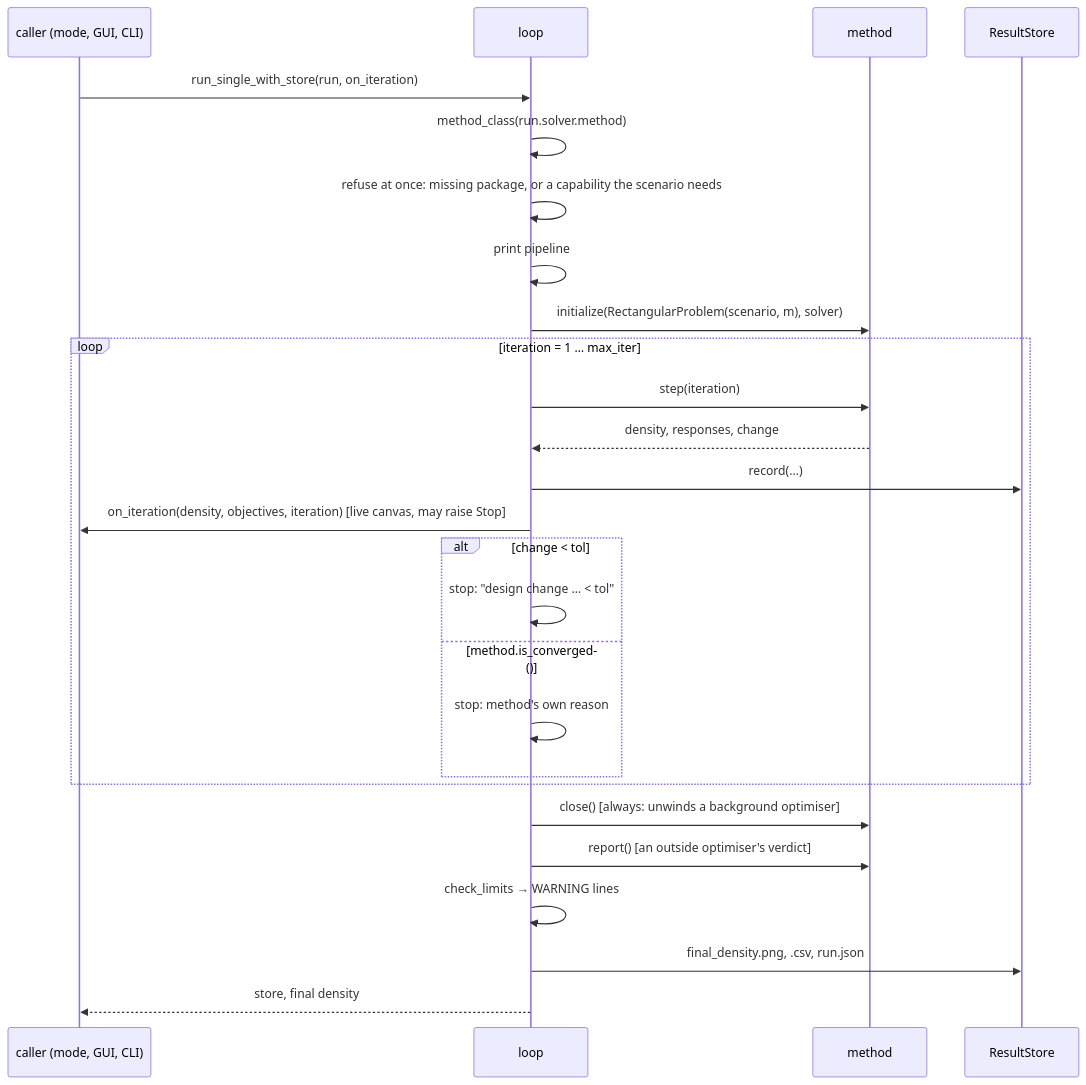
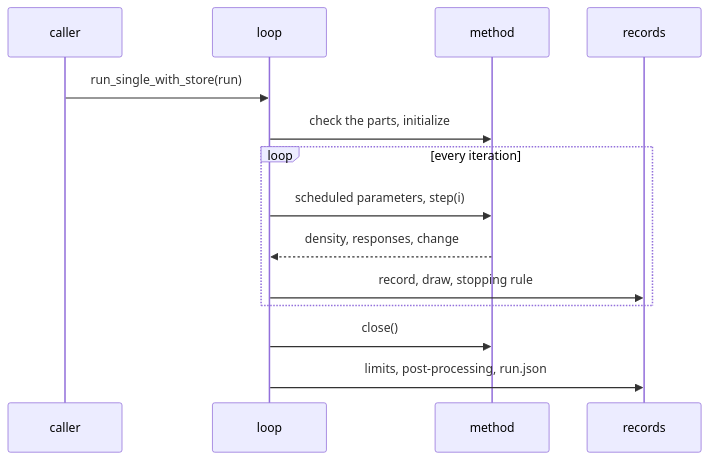
Before and after one commit to Toporia/Toporia-launcher: the second of 2 diagrams in toporia/engine/README.md, drawn with Mermaid. The commit also changed other lines of this file and 48 other files, not shown here.

````diff
--- a/toporia/engine/README.md
+++ b/toporia/engine/README.md
@@ -77,28 +69,16 @@
 ```mermaid
 sequenceDiagram
-    participant C as caller (mode, GUI, CLI)
-    participant R as loop
+    participant C as caller
+    participant L as loop
     participant M as method
-    participant S as ResultStore
-    C->>R: run_single_with_store(run, on_iteration)
-    R->>R: method_class(run.solver.method)
-    R->>R: refuse at once: missing package, or a capability the scenario needs
-    R->>R: print pipeline
-    R->>M: initialize(RectangularProblem(scenario, m), solver)
-    loop iteration = 1 … max_iter
-        R->>M: step(iteration)
-        M-->>R: density, responses, change
-        R->>S: record(...)
-        R->>C: on_iteration(density, objectives, iteration)  [live canvas, may raise Stop]
-        alt change < tol
-            R->>R: stop: "design change … < tol"
-        else method.is_converged()
-            R->>R: stop: method's own reason
-        end
+    participant R as records
+    C->>L: run_single_with_store(run)
+    L->>M: check the parts, initialize
+    loop every iteration
+        L->>M: scheduled parameters, step(i)
+        M-->>L: density, responses, change
+        L->>R: record, draw, stopping rule
     end
-    R->>M: close()  [always: unwinds a background optimiser]
-    R->>M: report()  [an outside optimiser's verdict]
-    R->>R: check_limits → WARNING lines
-    R->>S: final_density.png, .csv, run.json
-    R-->>C: store, final density
+    L->>M: close()
+    L->>R: limits, post-processing, run.json
 ```
````
